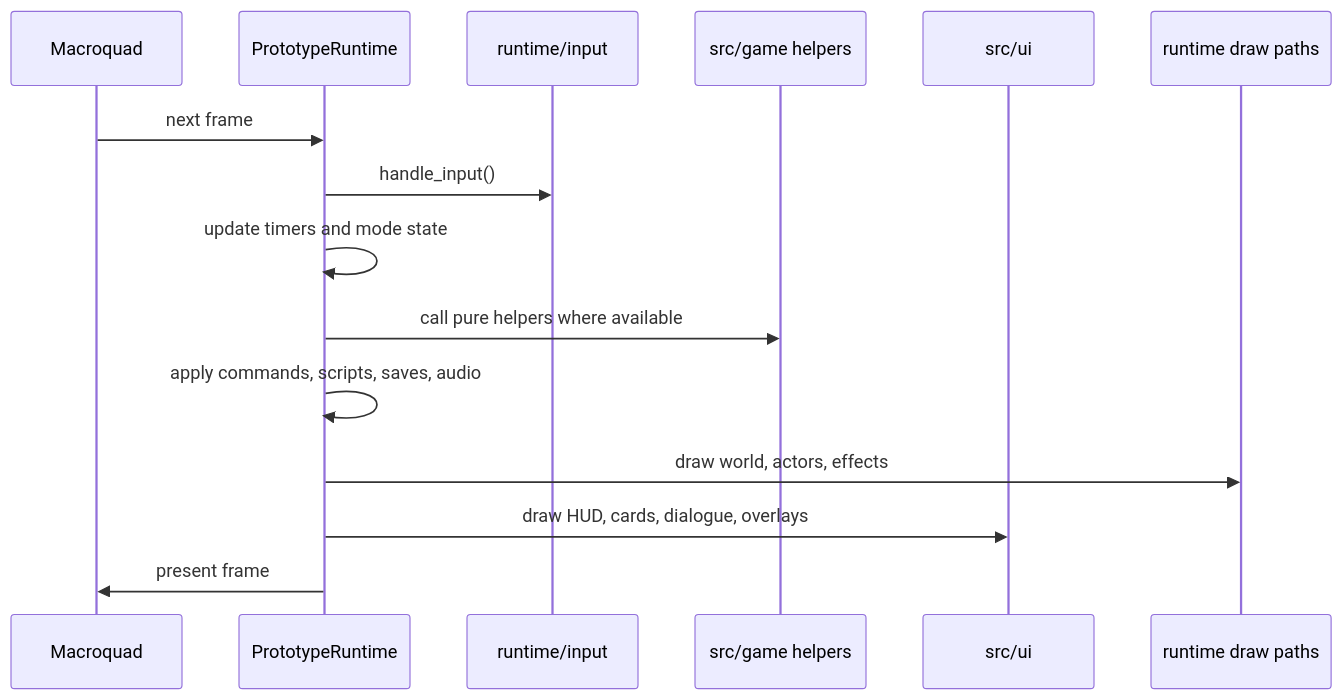
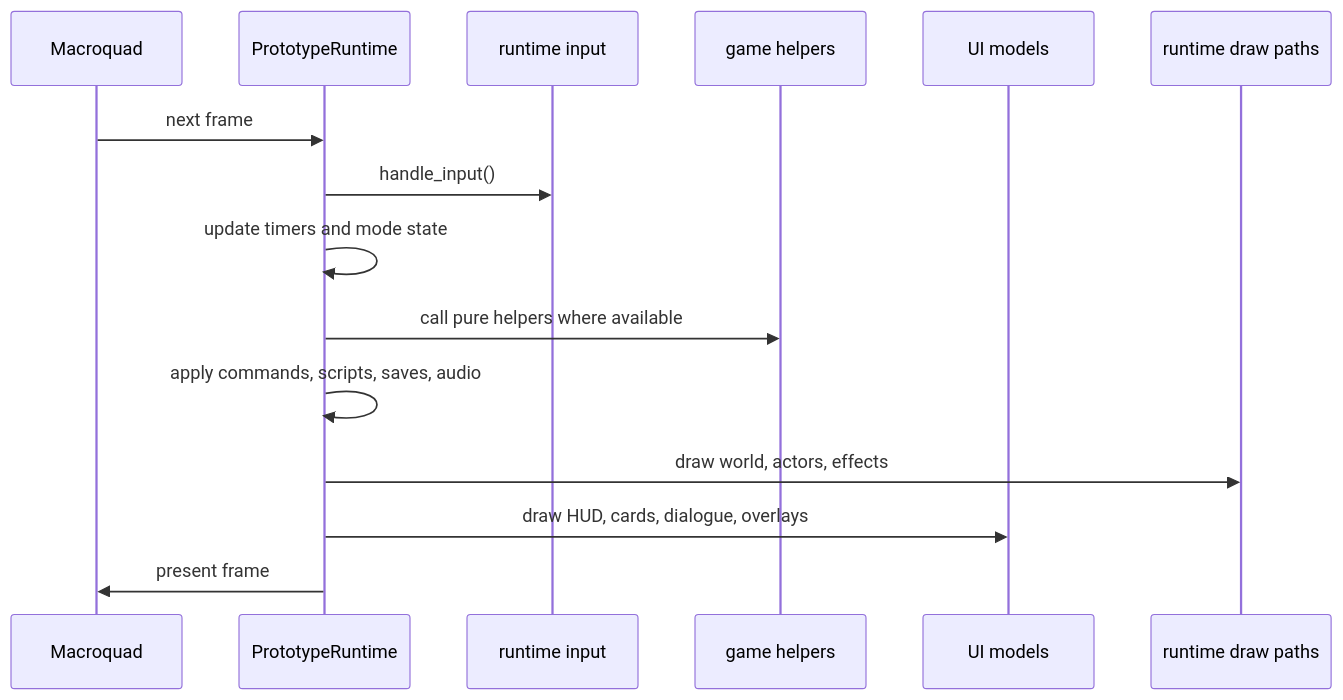
One commit to soulwax/EchoWiki changed the first of 4 diagrams in src/content/docs/pages/architecture/runtime-loop.md. Above: the diagram before and after it, drawn with Mermaid. The commit also changed 28 other files, not shown here.

Commit message:
docs: deepen architecture wiki and automate audits

````diff
--- a/src/content/docs/pages/architecture/runtime-loop.md
+++ b/src/content/docs/pages/architecture/runtime-loop.md
@@ -11,18 +11,18 @@
 ```mermaid
 sequenceDiagram
     participant MQ as Macroquad
     participant RT as PrototypeRuntime
-    participant Input as runtime/input
-    participant Game as src/game helpers
-    participant UI as src/ui
+    participant Input as runtime input
+    participant Game as game helpers
+    participant UI as UI models
     participant Draw as runtime draw paths
 
     MQ->>RT: next frame
     RT->>Input: handle_input()
     RT->>RT: update timers and mode state
     RT->>Game: call pure helpers where available
     RT->>RT: apply commands, scripts, saves, audio
     RT->>Draw: draw world, actors, effects
     RT->>UI: draw HUD, cards, dialogue, overlays
     RT->>MQ: present frame
 ```
````
